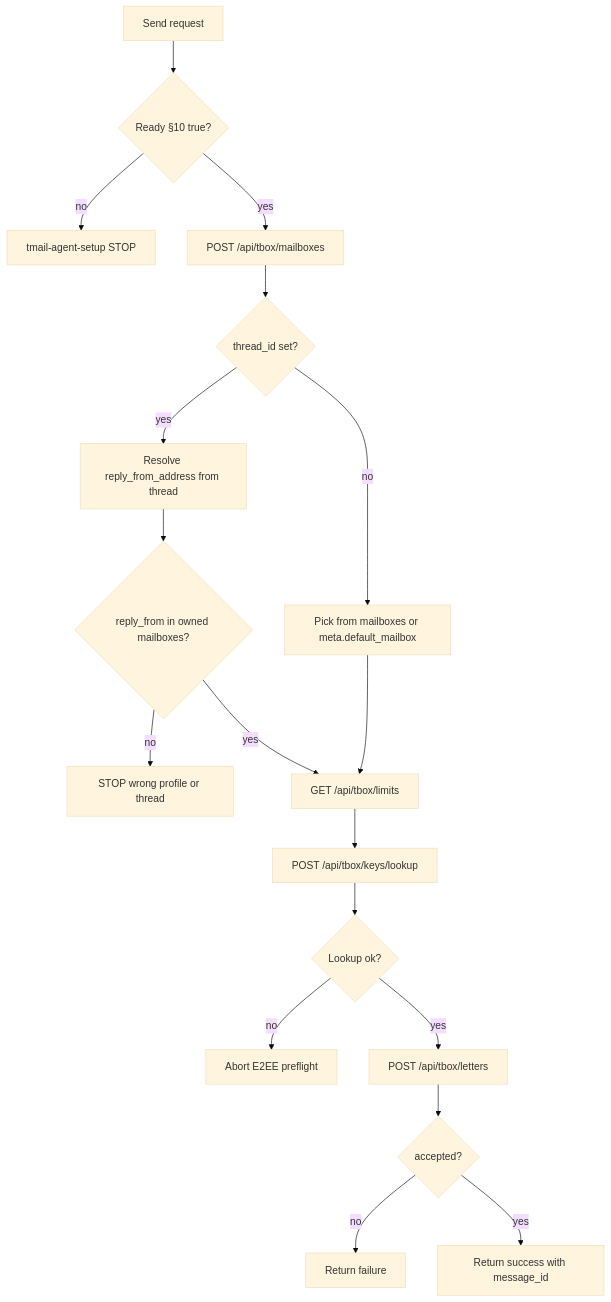
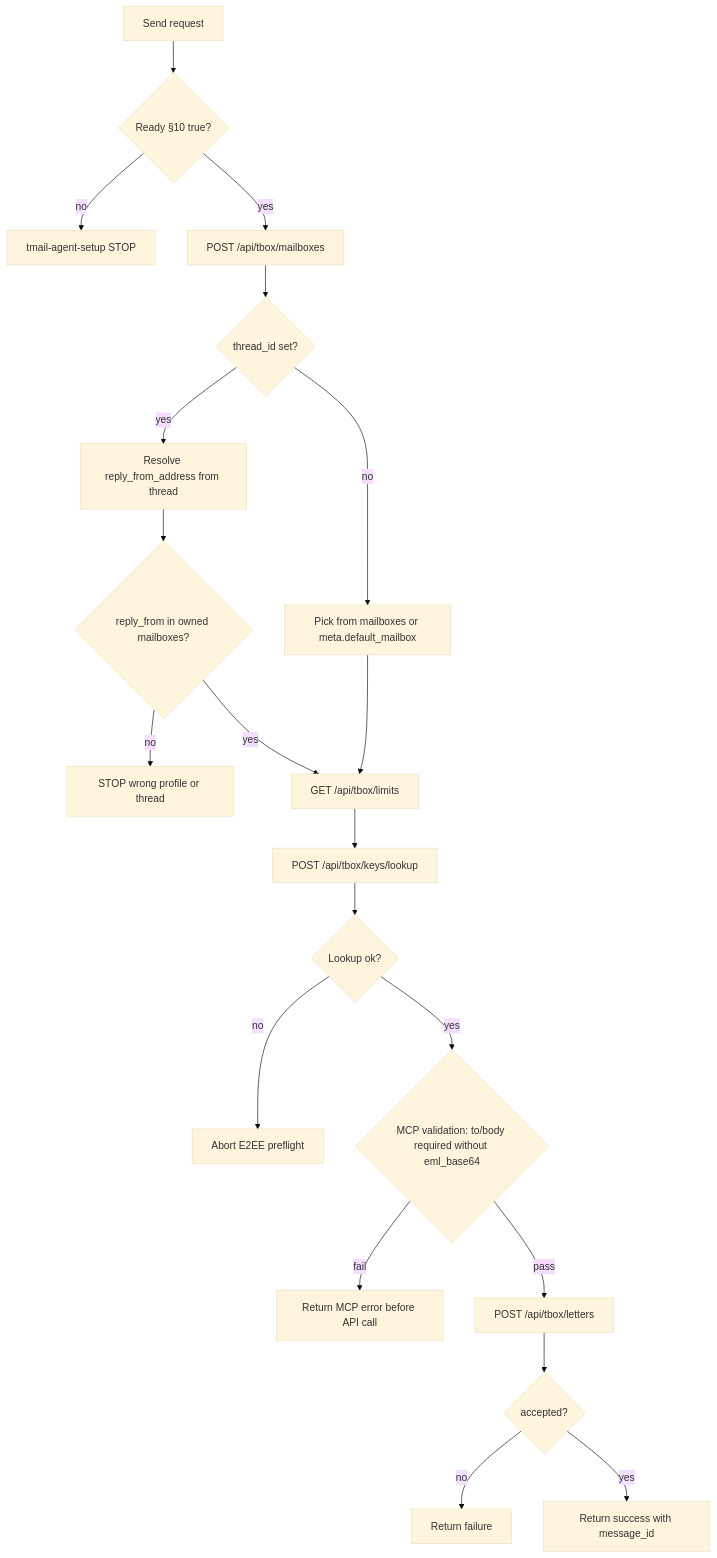
One commit to torganization-ae/tmail-mcp changed the diagram in skills/tmail-send-letter/SKILL.md. Above: the diagram before and after it, drawn with Mermaid (base theme). The commit also changed other lines of this file and 11 other files, not shown here.

````diff
--- a/skills/tmail-send-letter/SKILL.md
+++ b/skills/tmail-send-letter/SKILL.md
@@ -55,20 +55,22 @@
 ```mermaid
 flowchart TD
     start[Send request] --> ready{Ready §10 true?}
     ready -->|no| setupRedirect[tmail-agent-setup STOP]
     ready -->|yes| mailboxes[POST /api/tbox/mailboxes]
     mailboxes --> isReply{thread_id set?}
     isReply -->|yes| resolveReply[Resolve reply_from_address from thread]
     isReply -->|no| pickFrom[Pick from mailboxes or meta.default_mailbox]
     resolveReply --> validateFrom{reply_from in owned mailboxes?}
     validateFrom -->|no| stopWrongProfile[STOP wrong profile or thread]
     validateFrom -->|yes| limits[GET /api/tbox/limits]
     pickFrom --> limits
     limits --> lookup[POST /api/tbox/keys/lookup]
     lookup --> lookupOk{Lookup ok?}
     lookupOk -->|no| abortSend[Abort E2EE preflight]
-    lookupOk -->|yes| sendReq[POST /api/tbox/letters]
+    lookupOk -->|yes| mcpValidate{MCP validation: to/body required without eml_base64}
+    mcpValidate -->|fail| mcpErr[Return MCP error before API call]
+    mcpValidate -->|pass| sendReq[POST /api/tbox/letters]
     sendReq --> accepted{accepted?}
     accepted -->|no| failSend[Return failure]
     accepted -->|yes| doneSend[Return success with message_id]
 ```
````
